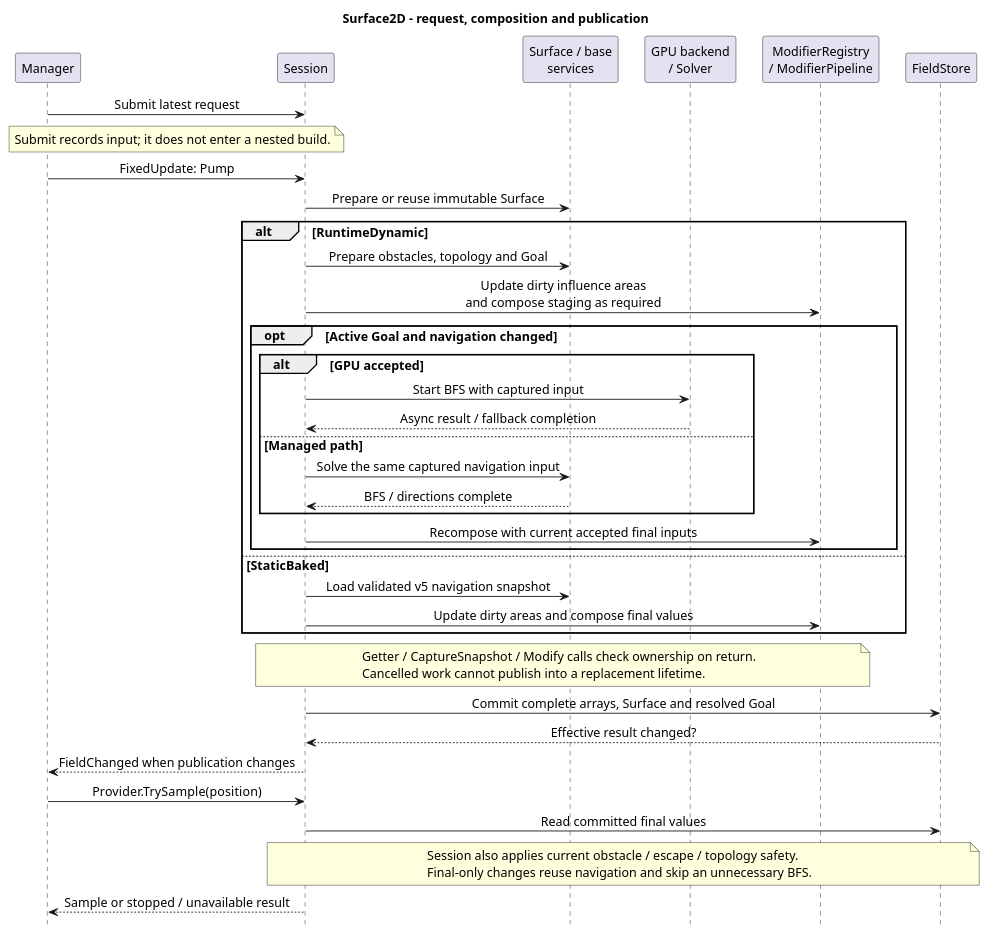
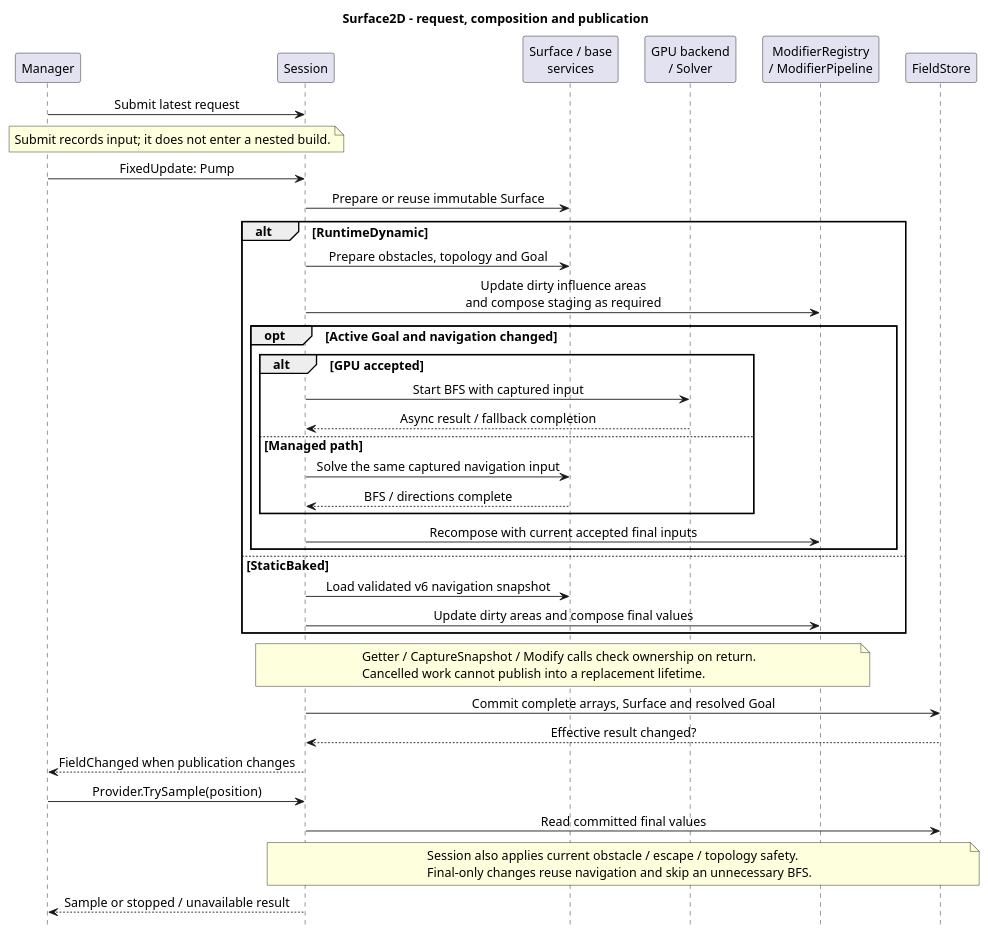
Before and after one commit to youwonsock/tool-unity-editor: the diagram in ToyProject/Assets/_FlowField/Docs/flowfield-surface.puml, drawn with PlantUML. The commit also changed 8 other files, not shown here.

First line of the commit message:
FlowField 문서 최신화: v6 베이크, Modifier 규칙, 성능·검증 기록

```diff
--- a/ToyProject/Assets/_FlowField/Docs/flowfield-surface.puml
+++ b/ToyProject/Assets/_FlowField/Docs/flowfield-surface.puml
@@ -1,47 +1,47 @@
 @startuml flowfield-surface
 skinparam shadowing false
 skinparam defaultFontName SansSerif
 skinparam defaultFontSize 14
 skinparam sequenceMessageAlign center
 skinparam ParticipantPadding 10
 skinparam BoxPadding 6
 hide footbox
 title Surface2D - request, composition and publication
 
 participant "Manager" as M
 participant "Session" as S
 participant "Surface / base\nservices" as B
 participant "GPU backend\n/ Solver" as G
 participant "ModifierRegistry\n/ ModifierPipeline" as F
 participant "FieldStore" as P
 
 M -> S : Submit latest request
 note over M,S : Submit records input; it does not enter a nested build.
 M -> S : FixedUpdate: Pump
 S -> B : Prepare or reuse immutable Surface
 alt RuntimeDynamic
   S -> B : Prepare obstacles, topology and Goal
   S -> F : Update dirty influence areas\nand compose staging as required
   opt Active Goal and navigation changed
     alt GPU accepted
       S -> G : Start BFS with captured input
       G --> S : Async result / fallback completion
     else Managed path
       S -> B : Solve the same captured navigation input
       B --> S : BFS / directions complete
     end
     S -> F : Recompose with current accepted final inputs
   end
 else StaticBaked
-  S -> B : Load validated v5 navigation snapshot
+  S -> B : Load validated v6 navigation snapshot
   S -> F : Update dirty areas and compose final values
 end
 note over S,F : Getter / CaptureSnapshot / Modify calls check ownership on return.\nCancelled work cannot publish into a replacement lifetime.
 S -> P : Commit complete arrays, Surface and resolved Goal
 P --> S : Effective result changed?
 S --> M : FieldChanged when publication changes
 M -> S : Provider.TrySample(position)
 S -> P : Read committed final values
 note over S,P : Session also applies current obstacle / escape / topology safety.\nFinal-only changes reuse navigation and skip an unnecessary BFS.
 S --> M : Sample or stopped / unavailable result
 @enduml
```
